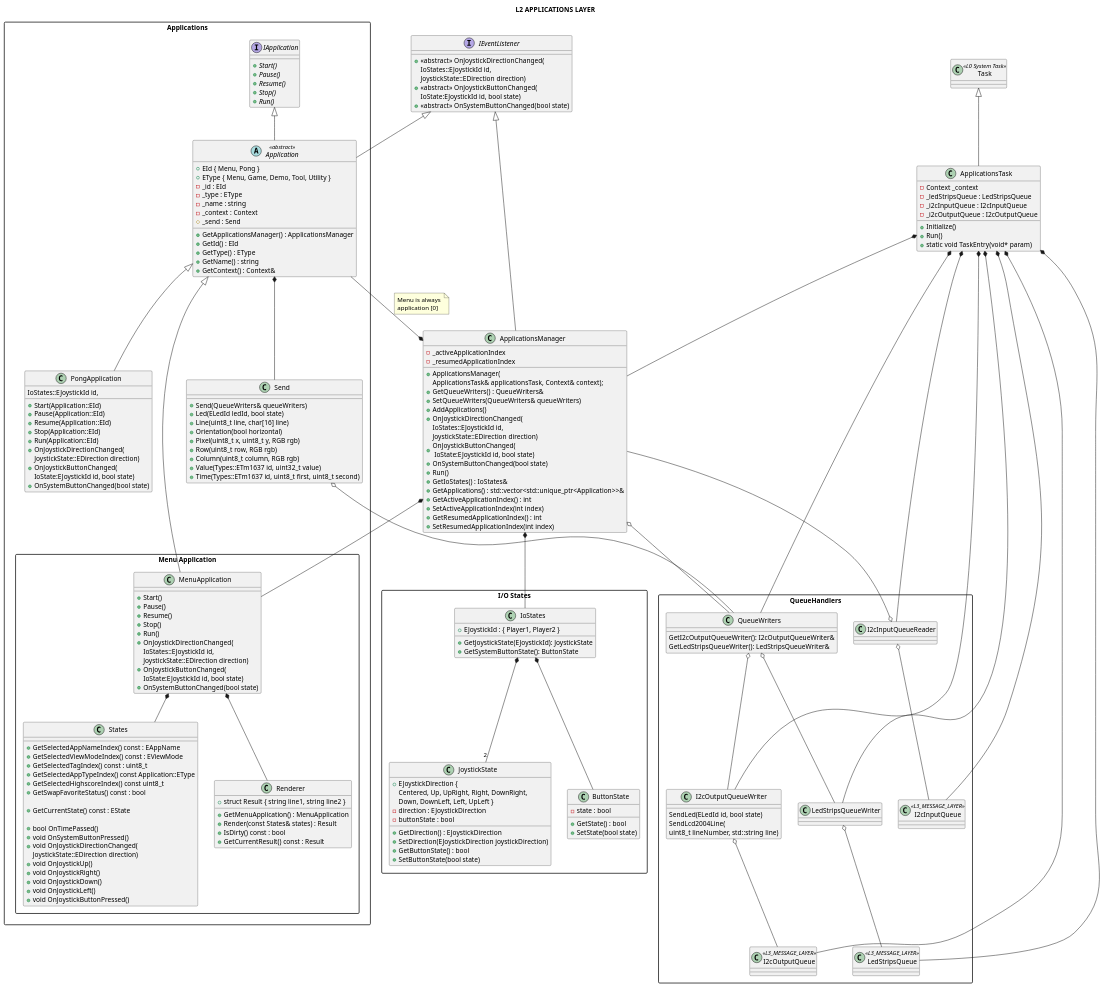
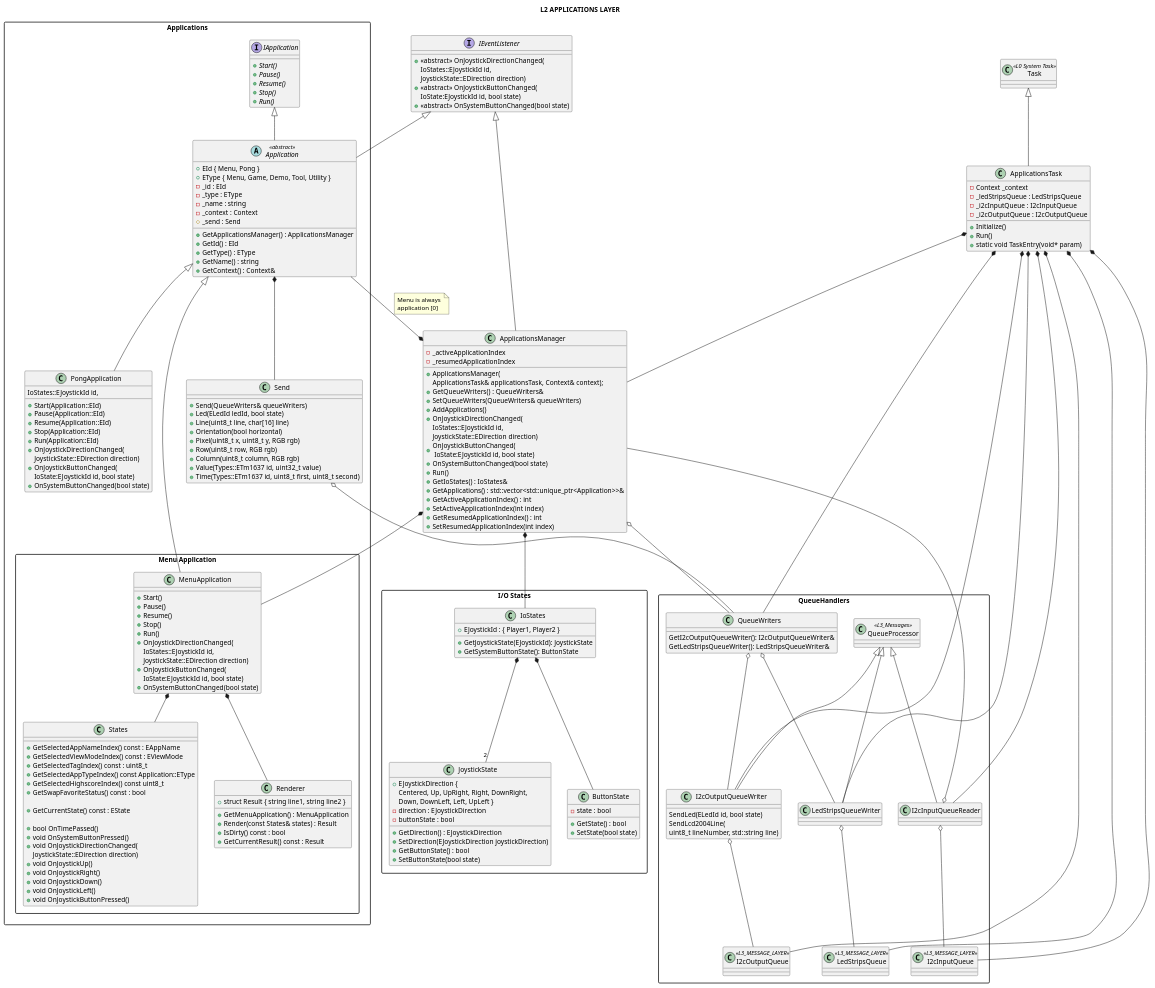
One commit to michelkeijzers/fraxis changed the diagram in Docs/Software Design/Layers/L2_applications_layer.puml. Above: the diagram before and after it, drawn with PlantUML. The commit also changed 50 other files, not shown here.

```diff
--- a/Docs/Software Design/Layers/L2_applications_layer.puml
+++ b/Docs/Software Design/Layers/L2_applications_layer.puml
@@ -63,9 +63,13 @@
         GetLedStripsQueueWriter(): LedStripsQueueWriter&
     }
 
+    class QueueProcessor <<L3_Messages>> {}
+
     class I2cInputQueueReader
     {
     }
+
+    I2cInputQueueReader -u-|> QueueProcessor
 
     I2cInputQueueReader o-- ApplicationsManager
 
@@ -76,11 +80,15 @@
             uint8_t lineNumber, std::string line)
     }
 
+    I2cOutputQueueWriter -u-|> QueueProcessor
+
     class LedStripsQueueWriter
     {
 
     }
 
+    LedStripsQueueWriter -u-|> QueueProcessor
+    
     QueueWriters o-- I2cOutputQueueWriter
     QueueWriters o-- LedStripsQueueWriter
     
```
